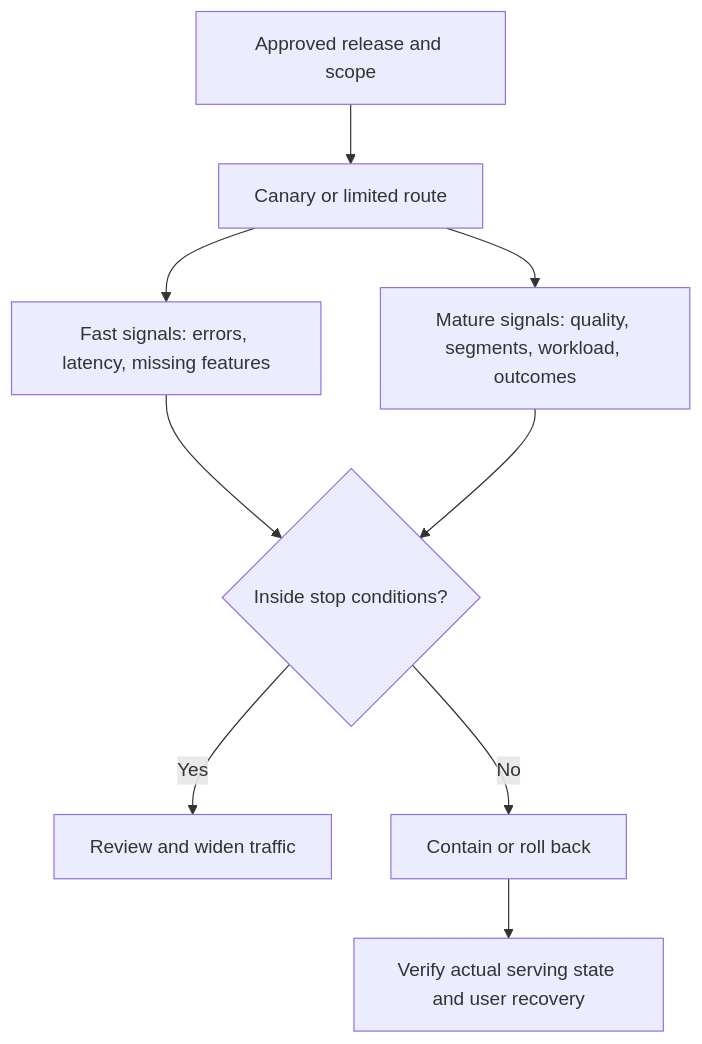
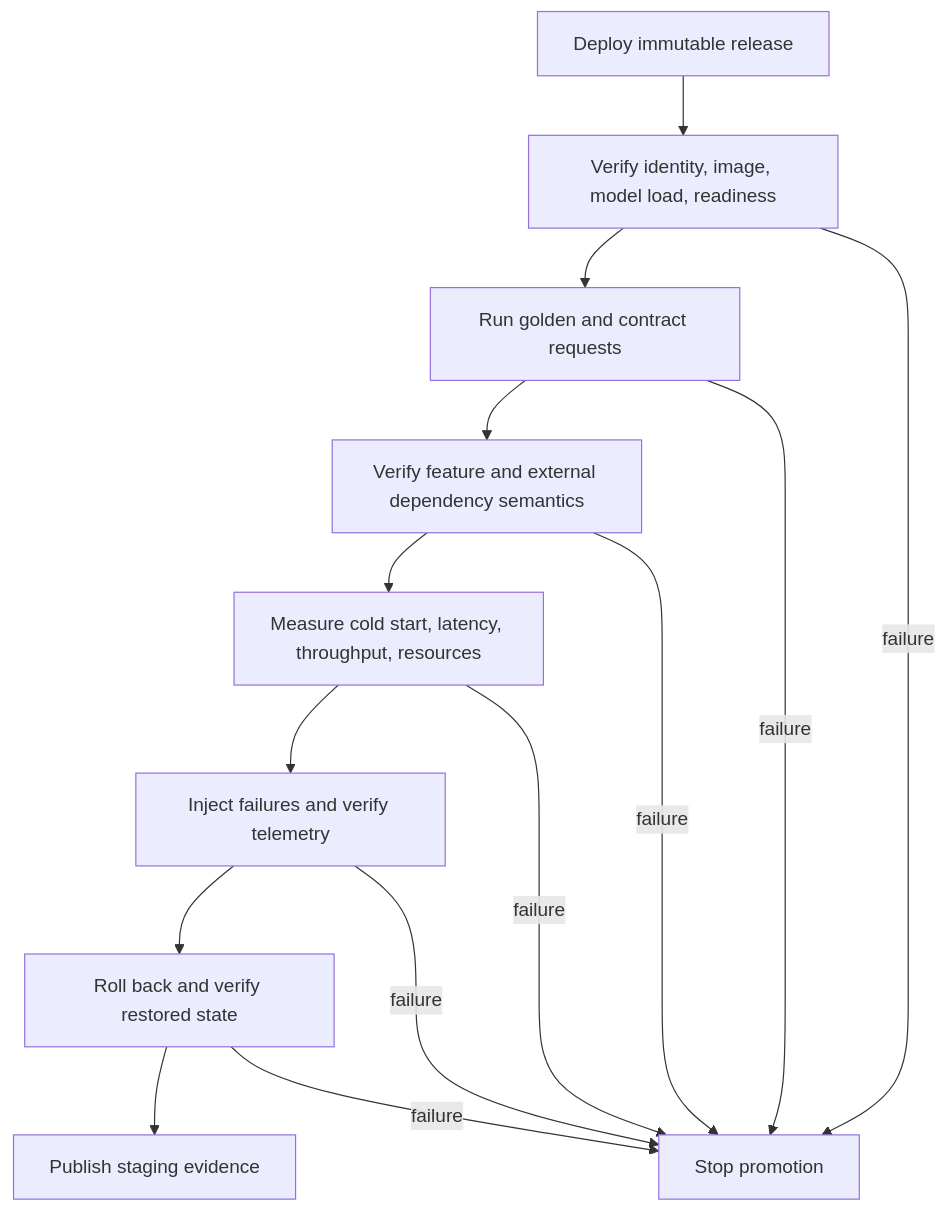
The third of 4 diagrams in roadmaps/mlops/modules/deployment-and-release-management/model-release-basics/04-dev-staging-production-for-ml.md (senlinyy/dev-roadmaps), drawn with Mermaid before and after one commit. The commit also changed other lines of this file and 198 other files, not shown here.

````diff
--- a/roadmaps/mlops/modules/deployment-and-release-management/model-release-basics/04-dev-staging-production-for-ml.md
+++ b/roadmaps/mlops/modules/deployment-and-release-management/model-release-basics/04-dev-staging-production-for-ml.md
@@ -89,11 +218,17 @@
 ```mermaid
-flowchart TD
-    A["Approved release and scope"] --> C["Canary or limited route"]
-    C --> F["Fast signals: errors, latency, missing features"]
-    C --> L["Mature signals: quality, segments, workload, outcomes"]
-    F --> D{"Inside stop conditions?"}
-    L --> D
-    D -- "Yes" --> W["Review and widen traffic"]
-    D -- "No" --> R["Contain or roll back"]
-    R --> V["Verify actual serving state and user recovery"]
+flowchart TB
+    A["Deploy immutable release"] --> B["Verify identity, image, model load, readiness"]
+    B --> C["Run golden and contract requests"]
+    C --> D["Verify feature and external dependency semantics"]
+    D --> E["Measure cold start, latency, throughput, resources"]
+    E --> F["Inject failures and verify telemetry"]
+    F --> G["Roll back and verify restored state"]
+    G --> H["Publish staging evidence"]
+
+    B -->|"failure"| X["Stop promotion"]
+    C -->|"failure"| X
+    D -->|"failure"| X
+    E -->|"failure"| X
+    F -->|"failure"| X
+    G -->|"failure"| X
 ```
````
